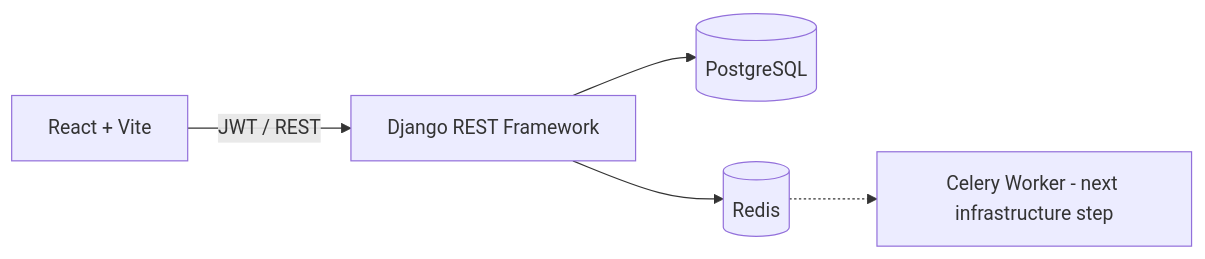
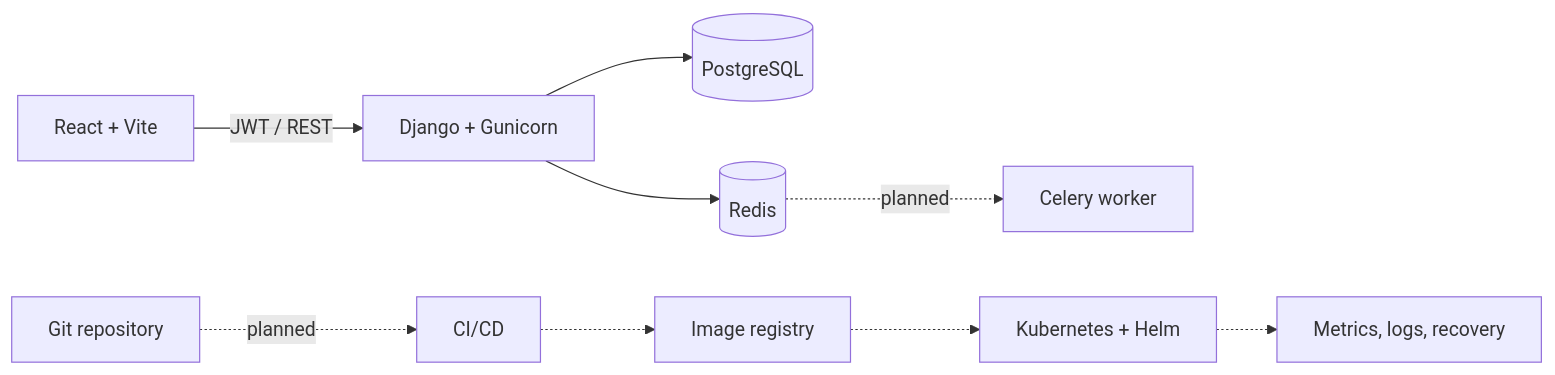
One commit to Mamaarsh/cloud-native-inventory-platform changed the diagram in README.md. Above: the diagram before and after it, drawn with Mermaid. The commit also changed other lines of this file, not shown here.

Commit message:
docs: refocus README on DevOps and cloud-native roadmap

````diff
--- a/README.md
+++ b/README.md
@@ -42,7 +49,12 @@
 ```mermaid
 flowchart LR
-    UI[React + Vite] -->|JWT / REST| API[Django REST Framework]
+    UI[React + Vite] -->|JWT / REST| API[Django + Gunicorn]
     API --> DB[(PostgreSQL)]
     API --> Redis[(Redis)]
-    Redis -.-> Worker[Celery Worker - next infrastructure step]
+
+    Repo[Git repository] -. planned .-> CI[CI/CD]
+    CI -.-> Registry[Image registry]
+    Registry -.-> K8s[Kubernetes + Helm]
+    K8s -.-> Obs[Metrics, logs, recovery]
+    Redis -. planned .-> Worker[Celery worker]
 ```
````
